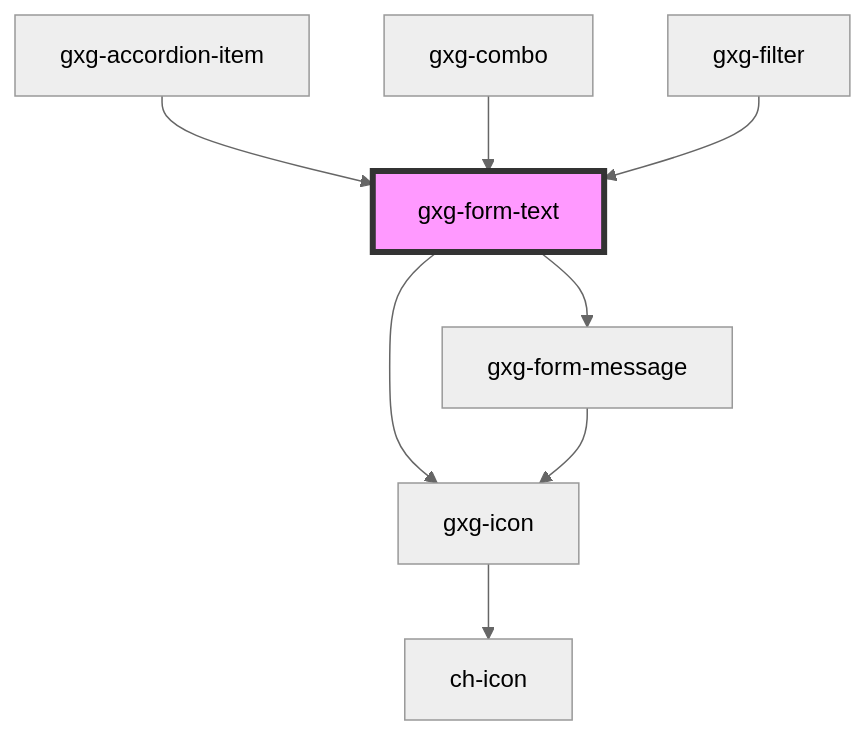
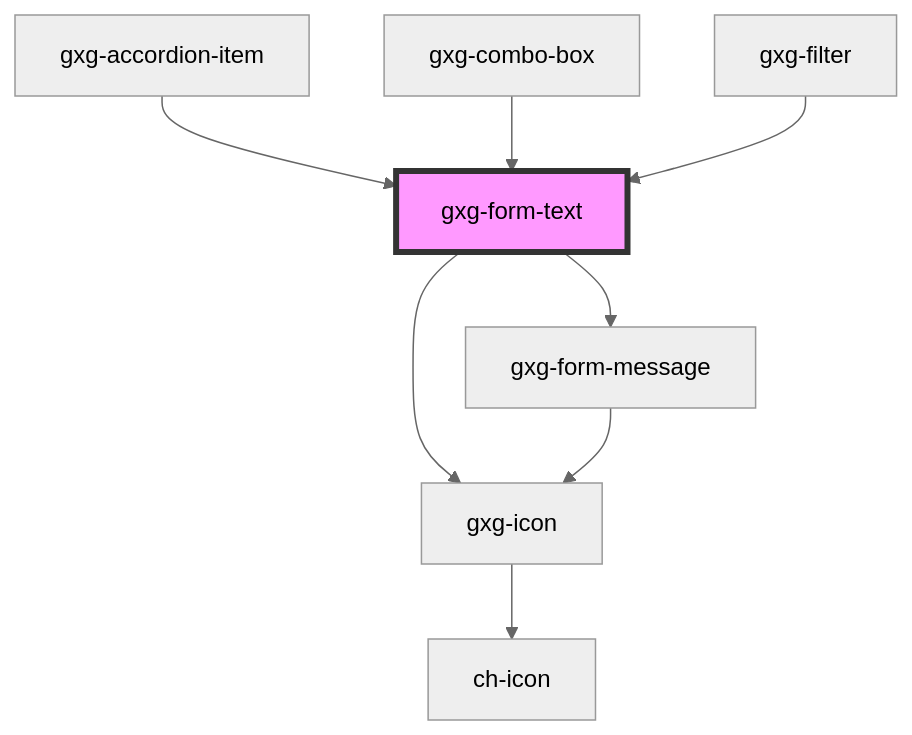
One commit to genexuslabs/gemini changed the diagram in src/components/form-text/readme.md. Above: the diagram before and after it, drawn with Mermaid (neutral theme). The commit also changed other lines of this file and 11 other files, not shown here.

````diff
--- a/src/components/form-text/readme.md
+++ b/src/components/form-text/readme.md
@@ -134,11 +134,11 @@
 ```mermaid
 graph TD;
   gxg-form-text --> gxg-icon
   gxg-form-text --> gxg-form-message
   gxg-icon --> ch-icon
   gxg-form-message --> gxg-icon
   gxg-accordion-item --> gxg-form-text
-  gxg-combo --> gxg-form-text
+  gxg-combo-box --> gxg-form-text
   gxg-filter --> gxg-form-text
   style gxg-form-text fill:#f9f,stroke:#333,stroke-width:4px
 ```
````
